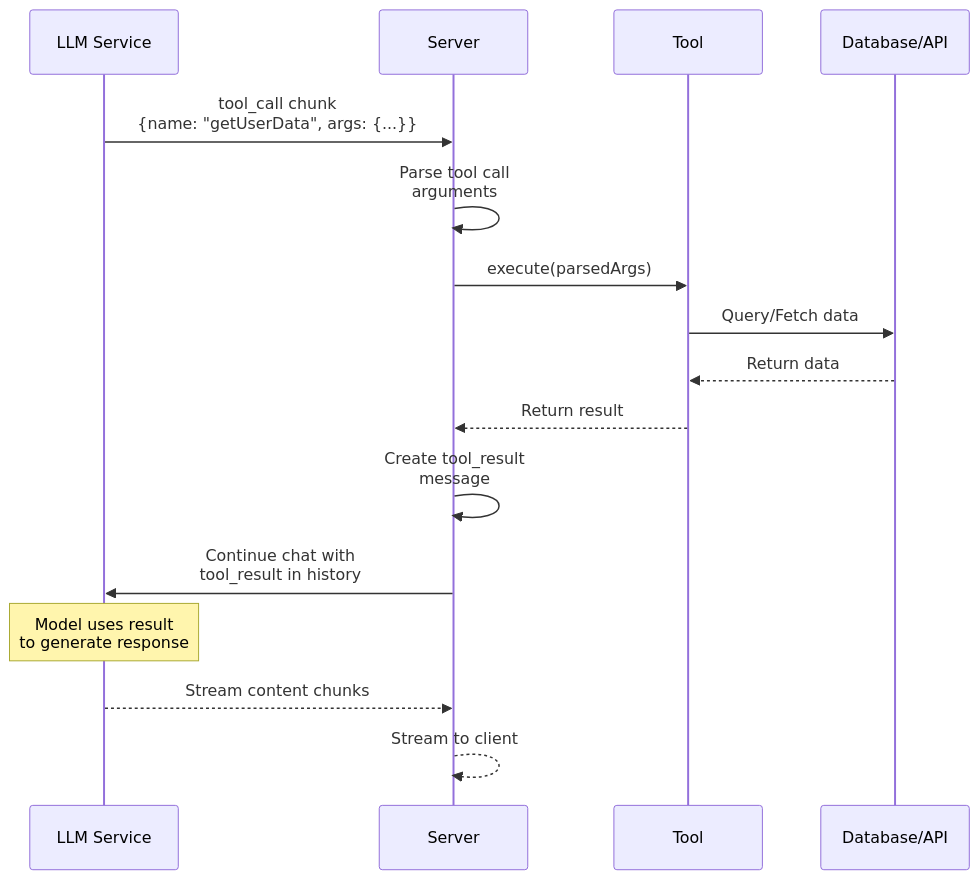
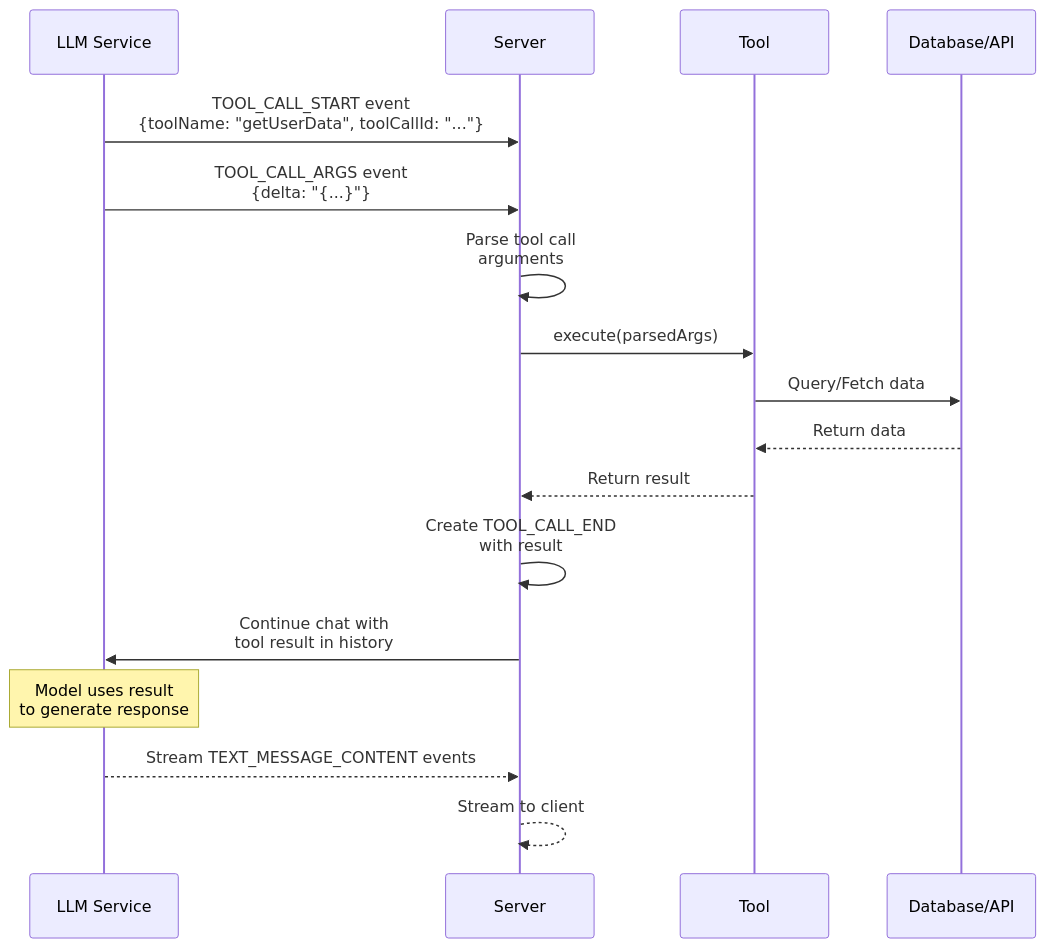
Before and after one commit to TanStack/ai: the diagram in docs/guides/server-tools.md, drawn with Mermaid. The commit also changed other lines of this file and 8 other files, not shown here.

````diff
--- a/docs/guides/server-tools.md
+++ b/docs/guides/server-tools.md
@@ -8,21 +8,22 @@
 ```mermaid
 sequenceDiagram
     participant LLM Service
     participant Server
     participant Tool
     participant Database/API
     
-    LLM Service->>Server: tool_call chunk<br/>{name: "getUserData", args: {...}}
+    LLM Service->>Server: TOOL_CALL_START event<br/>{toolName: "getUserData", toolCallId: "..."}
+    LLM Service->>Server: TOOL_CALL_ARGS event<br/>{delta: "{...}"}
     Server->>Server: Parse tool call<br/>arguments
     Server->>Tool: execute(parsedArgs)
     Tool->>Database/API: Query/Fetch data
     Database/API-->>Tool: Return data
     Tool-->>Server: Return result
-    Server->>Server: Create tool_result<br/>message
-    Server->>LLM Service: Continue chat with<br/>tool_result in history
+    Server->>Server: Create TOOL_CALL_END<br/>with result
+    Server->>LLM Service: Continue chat with<br/>tool result in history
     
     Note over LLM Service: Model uses result<br/>to generate response
     
-    LLM Service-->>Server: Stream content chunks
+    LLM Service-->>Server: Stream TEXT_MESSAGE_CONTENT events
     Server-->>Server: Stream to client
 ```
````
